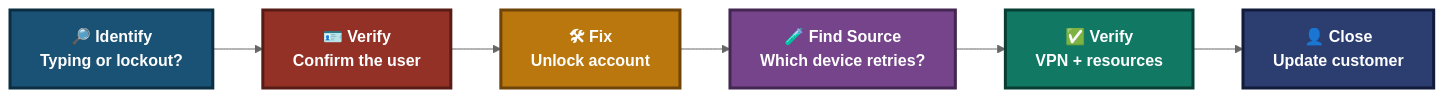
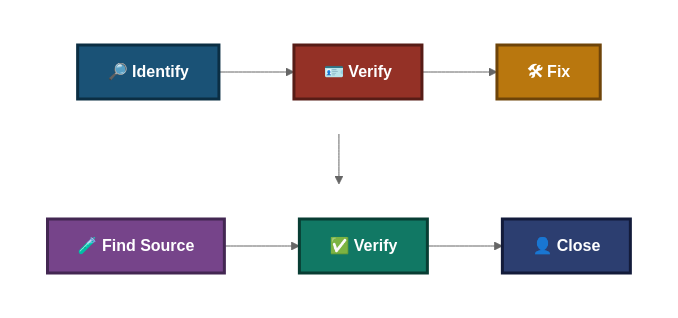
Before and after one commit to malaika-azhar/Customer-Tech-Support-Portfolio: the first of 5 diagrams in 01-Video-knowledge-base/01.3-VPN-Connection-Failed.md, drawn with Mermaid (neutral theme). The commit also changed other lines of this file, not shown here.

````diff
--- a/01-Video-knowledge-base/01.3-VPN-Connection-Failed.md
+++ b/01-Video-knowledge-base/01.3-VPN-Connection-Failed.md
@@ -127,11 +127,21 @@
 ```mermaid
-flowchart LR
-    A["🔎 Identify<br/>Typing or lockout?"]:::s1 --> B["🪪 Verify<br/>Confirm the user"]:::s2 --> C["🛠 Fix<br/>Unlock account"]:::s3 --> D["🧪 Find Source<br/>Which device retries?"]:::s4 --> E["✅ Verify<br/>VPN + resources"]:::s5 --> F["👤 Close<br/>Update customer"]:::s6
+flowchart TD
+    subgraph R1[" "]
+        direction LR
+        A["🔎 Identify"]:::s1 --> B["🪪 Verify"]:::s2 --> C["🛠 Fix"]:::s3
+    end
+    subgraph R2[" "]
+        direction LR
+        D["🧪 Find Source"]:::s4 --> E["✅ Verify"]:::s5 --> F["👤 Close"]:::s6
+    end
+    R1 --> R2
 
     classDef s1 fill:#1A5276,stroke:#0B2E43,stroke-width:3px,color:#FFFFFF,font-weight:bold
     classDef s2 fill:#943126,stroke:#571C16,stroke-width:3px,color:#FFFFFF,font-weight:bold
     classDef s3 fill:#B9770E,stroke:#6E4409,stroke-width:3px,color:#FFFFFF,font-weight:bold
     classDef s4 fill:#76448A,stroke:#432752,stroke-width:3px,color:#FFFFFF,font-weight:bold
     classDef s5 fill:#117864,stroke:#083D33,stroke-width:3px,color:#FFFFFF,font-weight:bold
     classDef s6 fill:#2C3E70,stroke:#131B3A,stroke-width:3px,color:#FFFFFF,font-weight:bold
+    style R1 fill:none,stroke:none
+    style R2 fill:none,stroke:none
 ```
````
